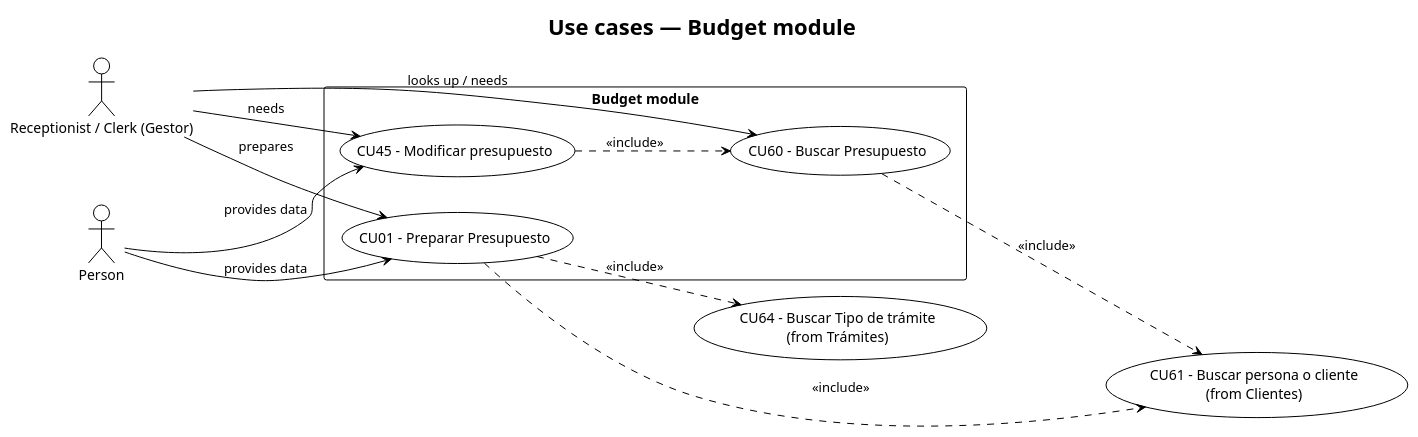
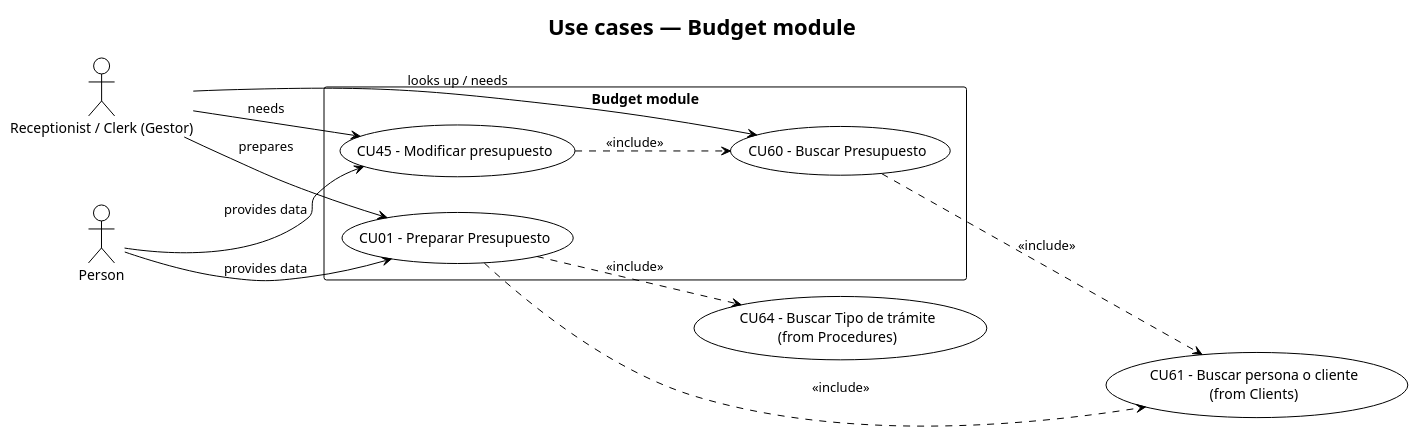
The diagram in docs/200-architecture/204-diagrams/Casos de Uso/presupuestos.puml (matiaspakua/notaire), drawn with PlantUML before and after one commit. The commit also changed 89 other files, not shown here.

```diff
--- a/docs/200-architecture/204-diagrams/Casos de Uso/presupuestos.puml
+++ b/docs/200-architecture/204-diagrams/Casos de Uso/presupuestos.puml
@@ -1,29 +1,29 @@
 @startuml presupuestos
 !theme plain
 left to right direction
 title Use cases — Budget module
 
 actor "Receptionist / Clerk (Gestor)" as ReceptionistClerk
 actor Person
 
 rectangle "Budget module" {
   usecase "CU01 - Preparar Presupuesto" as CU01
   usecase "CU60 - Buscar Presupuesto" as CU60
   usecase "CU45 - Modificar presupuesto" as CU45
 }
 
-usecase "CU64 - Buscar Tipo de trámite\n(from Trámites)" as CU64
-usecase "CU61 - Buscar persona o cliente\n(from Clientes)" as CU61
+usecase "CU64 - Buscar Tipo de trámite\n(from Procedures)" as CU64
+usecase "CU61 - Buscar persona o cliente\n(from Clients)" as CU61
 
 ReceptionistClerk --> CU01 : prepares
 ReceptionistClerk --> CU60 : looks up / needs
 ReceptionistClerk --> CU45 : needs
 Person --> CU01 : provides data
 Person --> CU45 : provides data
 
 CU01 ..> CU64 : <<include>>
 CU01 ..> CU61 : <<include>>
 CU60 ..> CU61 : <<include>>
 CU45 ..> CU60 : <<include>>
 
 @enduml
```
